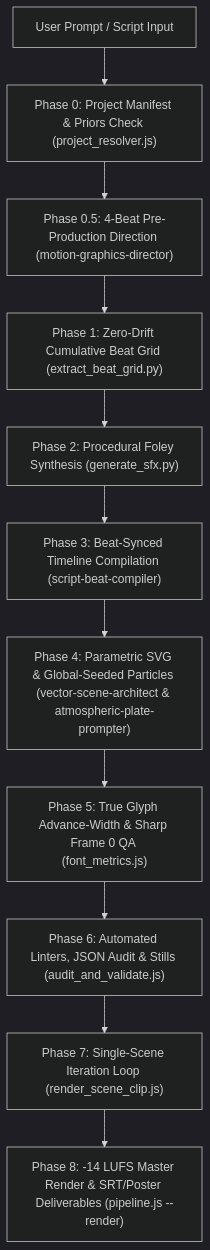
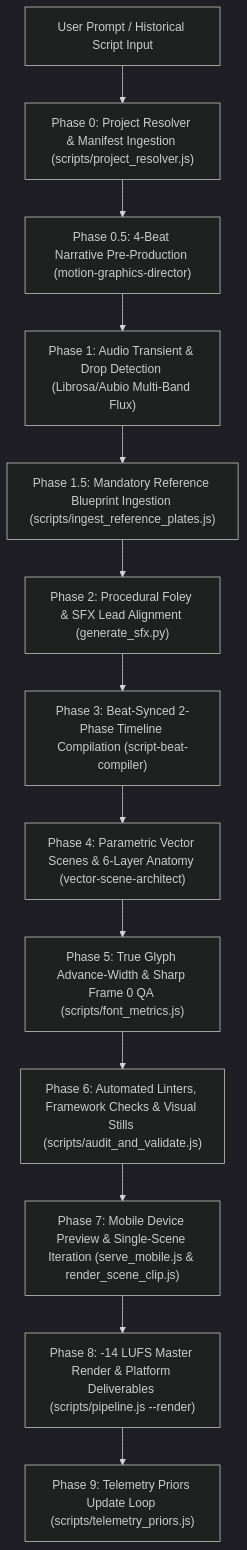
Before and after one commit to diabo205/motion-reels: the first of 2 diagrams in README.md, drawn with Mermaid (dark theme). The commit also changed other lines of this file and 37 other files, not shown here.

````diff
--- a/README.md
+++ b/README.md
@@ -29,13 +32,15 @@
 ```mermaid
 flowchart TD
-    A["User Prompt / Script Input"] --> B["Phase 0: Project Manifest & Priors Check (project_resolver.js)"]
-    B --> C["Phase 0.5: 4-Beat Pre-Production Direction (motion-graphics-director)"]
-    C --> D["Phase 1: Zero-Drift Cumulative Beat Grid (extract_beat_grid.py)"]
-    D --> E["Phase 2: Procedural Foley Synthesis (generate_sfx.py)"]
-    E --> F["Phase 3: Beat-Synced Timeline Compilation (script-beat-compiler)"]
-    F --> G["Phase 4: Parametric SVG & Global-Seeded Particles (vector-scene-architect & atmospheric-plate-prompter)"]
-    G --> H["Phase 5: True Glyph Advance-Width & Sharp Frame 0 QA (font_metrics.js)"]
-    H --> I["Phase 6: Automated Linters, JSON Audit & Stills (audit_and_validate.js)"]
-    I --> J["Phase 7: Single-Scene Iteration Loop (render_scene_clip.js)"]
-    J --> K["Phase 8: -14 LUFS Master Render & SRT/Poster Deliverables (pipeline.js --render)"]
+    A["User Prompt / Historical Script Input"] --> B["Phase 0: Project Resolver & Manifest Ingestion (scripts/project_resolver.js)"]
+    B --> C["Phase 0.5: 4-Beat Narrative Pre-Production (motion-graphics-director)"]
+    C --> D["Phase 1: Audio Transient & Drop Detection (Librosa/Aubio Multi-Band Flux)"]
+    D --> E["Phase 1.5: Mandatory Reference Blueprint Ingestion (scripts/ingest_reference_plates.js)"]
+    E --> F["Phase 2: Procedural Foley & SFX Lead Alignment (generate_sfx.py)"]
+    F --> G["Phase 3: Beat-Synced 2-Phase Timeline Compilation (script-beat-compiler)"]
+    G --> H["Phase 4: Parametric Vector Scenes & 6-Layer Anatomy (vector-scene-architect)"]
+    H --> I["Phase 5: True Glyph Advance-Width & Sharp Frame 0 QA (scripts/font_metrics.js)"]
+    I --> J["Phase 6: Automated Linters, Framework Checks & Visual Stills (scripts/audit_and_validate.js)"]
+    J --> K["Phase 7: Mobile Device Preview & Single-Scene Iteration (serve_mobile.js & render_scene_clip.js)"]
+    K --> L["Phase 8: -14 LUFS Master Render & Platform Deliverables (scripts/pipeline.js --render)"]
+    L --> M["Phase 9: Telemetry Priors Update Loop (scripts/telemetry_priors.js)"]
 ```
````
